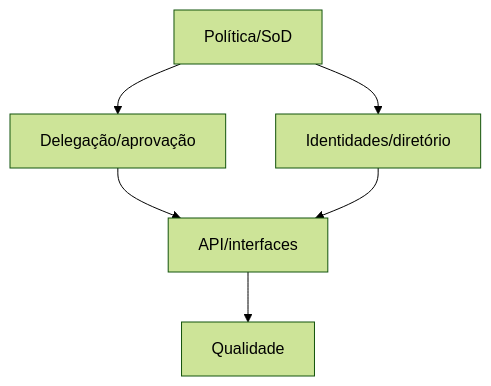
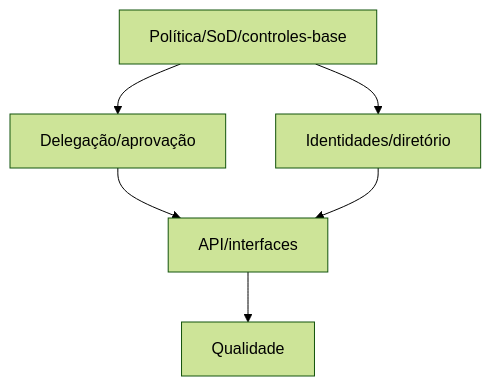
The diagram in docs/specs/advanced-authorization-policies/tasks.md (rodrigogml/rinosOne), drawn with Mermaid (forest theme) before and after one commit. The commit also changed other lines of this file and 222 other files, not shown here.

````diff
--- a/docs/specs/advanced-authorization-policies/tasks.md
+++ b/docs/specs/advanced-authorization-policies/tasks.md
@@ -108,8 +116,8 @@
 ```mermaid
 flowchart TD
- F1[Política/SoD] --> F2[Delegação/aprovação]
+ F1[Política/SoD/controles-base] --> F2[Delegação/aprovação]
  F1 --> F3[Identidades/diretório]
  F2 --> F4[API/interfaces]
  F3 --> F4
  F4 --> F5[Qualidade]
 ```
````
